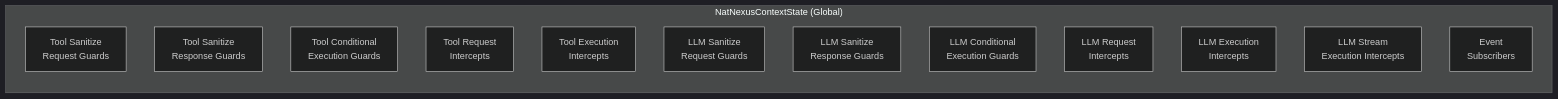
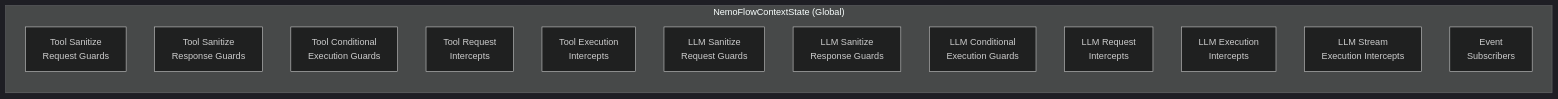
The second of 4 diagrams in docs/architecture.md (NVIDIA/NeMo-Relay), drawn with Mermaid (dark theme) before and after one commit. The commit also changed other lines of this file and 312 other files, not shown here.

````diff
--- a/docs/architecture.md
+++ b/docs/architecture.md
@@ -135,19 +135,19 @@
 ```mermaid
 graph LR
-    subgraph "NatNexusContextState (Global)"
+    subgraph "NemoFlowContextState (Global)"
         TSR[Tool Sanitize<br/>Request Guards]
         TSP[Tool Sanitize<br/>Response Guards]
         TCE[Tool Conditional<br/>Execution Guards]
         TRI[Tool Request<br/>Intercepts]
         TEI[Tool Execution<br/>Intercepts]
 
         LSR[LLM Sanitize<br/>Request Guards]
         LSP[LLM Sanitize<br/>Response Guards]
         LCE[LLM Conditional<br/>Execution Guards]
         LRI[LLM Request<br/>Intercepts]
         LEI[LLM Execution<br/>Intercepts]
         LSEI[LLM Stream<br/>Execution Intercepts]
 
         SUBS[Event<br/>Subscribers]
     end
 ```
````
